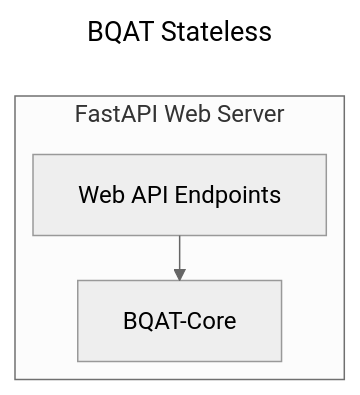
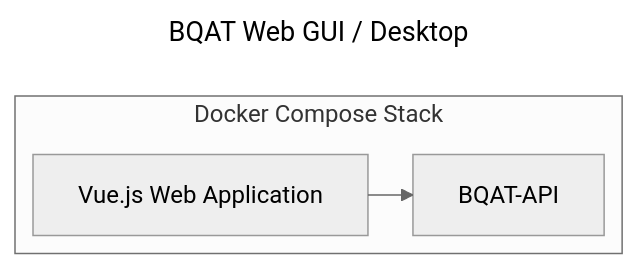
One commit to Biometix/biometix.github.io changed diagram 11 of 11 in index/framework.md. Above: the diagram before and after it, drawn with Mermaid. The commit also changed other lines of this file and 2 other files, not shown here.

Commit message:
doc: version bump

````diff
--- a/index/framework.md
+++ b/index/framework.md
@@ -246,14 +245,12 @@
 ``` mermaid
 ---
-title: BQAT Stateless
+title: BQAT Web GUI / Desktop
 config:
   theme: neutral
   layout: elk
 ---
-flowchart TD
-  subgraph s1["FastAPI Web Server"]
-    n0["Web API Endpoints"] --> n1["BQAT-Core"]
-    n1["BQAT-Core"]
+flowchart LR
+  subgraph s1["Docker Compose Stack"]
+    n1["Vue.js Web Application"] --> n2["BQAT-API"]
   end
-
 ```
````
